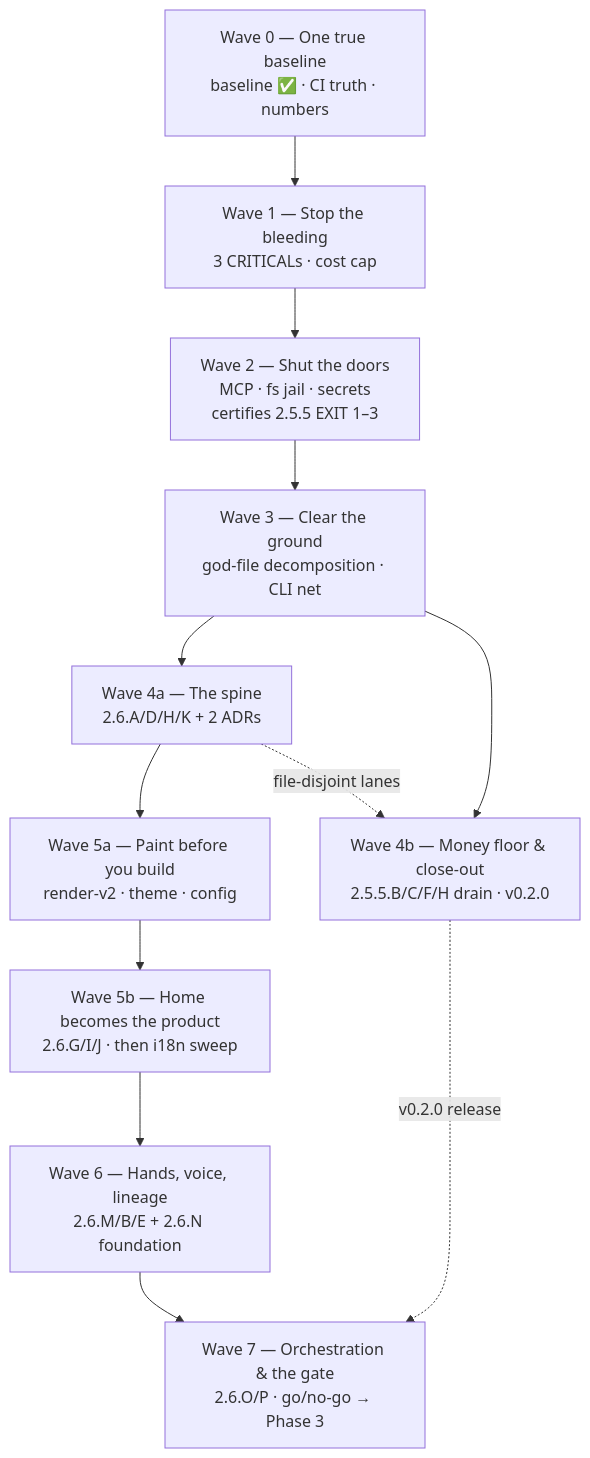
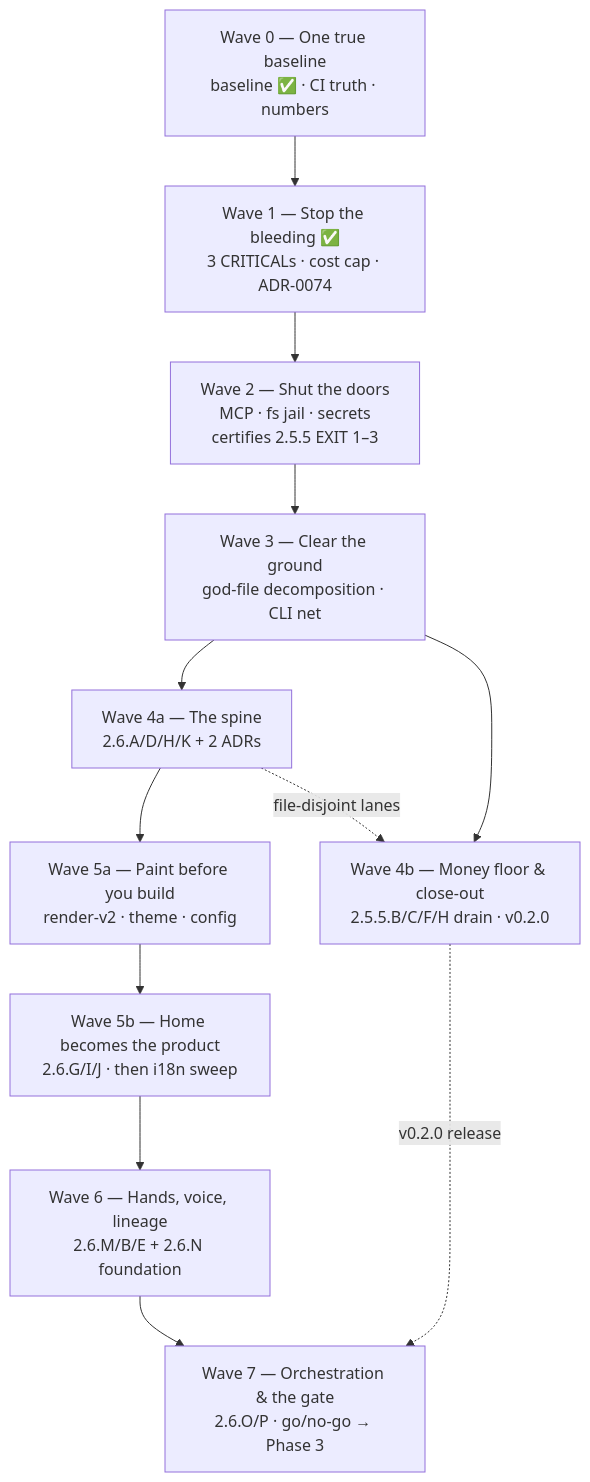
The diagram in docs/roadmap/current.md (HodeTech/Relavium), drawn with Mermaid before and after one commit. The commit also changed other lines of this file, not shown here.

First line of the commit message:
docs(roadmap): stop calling Wave 1 "next" now that it is done

````diff
--- a/docs/roadmap/current.md
+++ b/docs/roadmap/current.md
@@ -88,17 +88,17 @@
 ```mermaid
 flowchart TD
     W0["Wave 0 — One true baseline<br/>baseline ✅ · CI truth · numbers"]
-    W1["Wave 1 — Stop the bleeding<br/>3 CRITICALs · cost cap"]
+    W1["Wave 1 — Stop the bleeding ✅<br/>3 CRITICALs · cost cap · ADR-0074"]
     W2["Wave 2 — Shut the doors<br/>MCP · fs jail · secrets<br/>certifies 2.5.5 EXIT 1–3"]
     W3["Wave 3 — Clear the ground<br/>god-file decomposition · CLI net"]
     W4a["Wave 4a — The spine<br/>2.6.A/D/H/K + 2 ADRs"]
     W4b["Wave 4b — Money floor & close-out<br/>2.5.5.B/C/F/H drain · v0.2.0"]
     W5a["Wave 5a — Paint before you build<br/>render-v2 · theme · config"]
     W5b["Wave 5b — Home becomes the product<br/>2.6.G/I/J · then i18n sweep"]
     W6["Wave 6 — Hands, voice, lineage<br/>2.6.M/B/E + 2.6.N foundation"]
     W7["Wave 7 — Orchestration & the gate<br/>2.6.O/P · go/no-go → Phase 3"]
     W0 --> W1 --> W2 --> W3 --> W4a --> W5a --> W5b --> W6 --> W7
     W3 --> W4b
     W4b -.->|v0.2.0 release| W7
     W4a -.->|file-disjoint lanes| W4b
 ```
````
